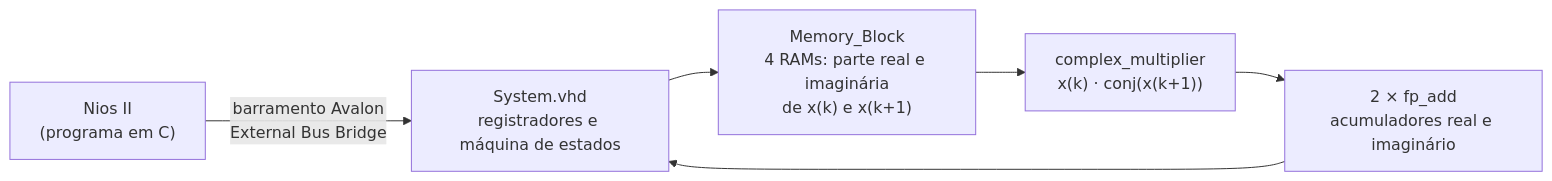
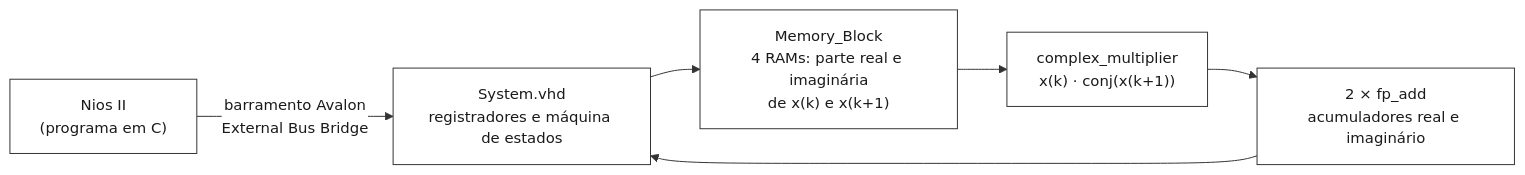
Before and after one commit to isadora-fernanda/autocorrelacao-vhdl-fpga: the diagram in README.md, drawn with Mermaid.

Commit message:
Deixa o diagrama de arquitetura em preto e branco

````diff
--- a/README.md
+++ b/README.md
@@ -23,8 +23,9 @@
 ```mermaid
+%%{init: {'theme':'base','themeVariables':{'primaryColor':'#ffffff','primaryBorderColor':'#333333','primaryTextColor':'#1a1a1a','lineColor':'#333333','fontFamily':'Arial','fontSize':'15px','edgeLabelBackground':'#ffffff'}}}%%
 flowchart LR
     N["Nios II<br/>(programa em C)"] -- "barramento Avalon<br/>External Bus Bridge" --> S["System.vhd<br/>registradores e máquina de estados"]
     S --> M["Memory_Block<br/>4 RAMs: parte real e imaginária<br/>de x(k) e x(k+1)"]
     M --> C["complex_multiplier<br/>x(k) · conj(x(k+1))"]
     C --> A["2 × fp_add<br/>acumuladores real e imaginário"]
     A --> S
 ```
````
